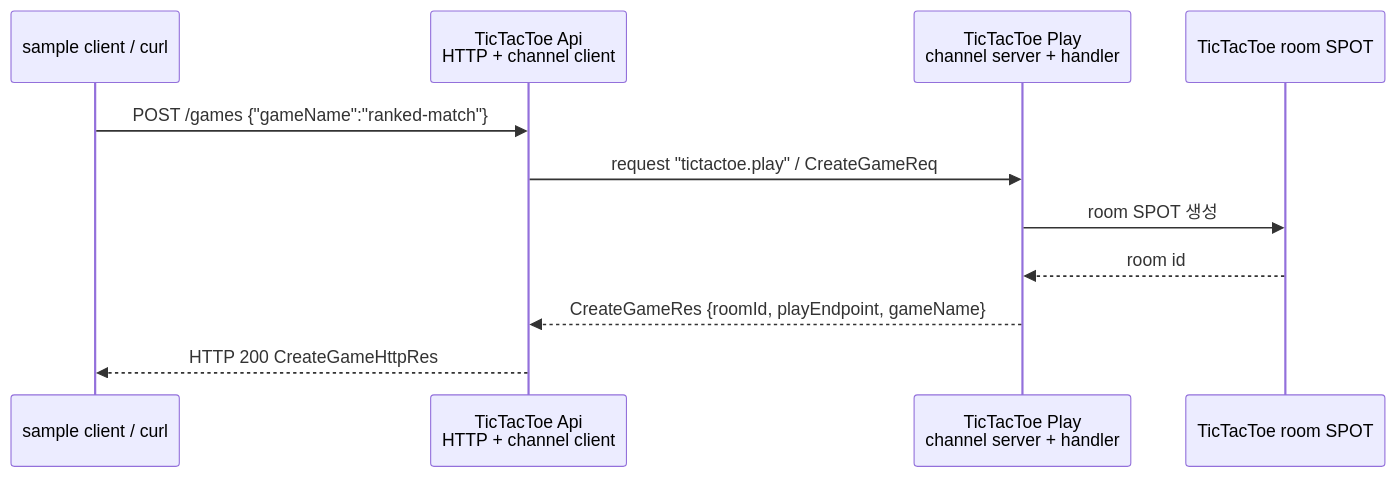
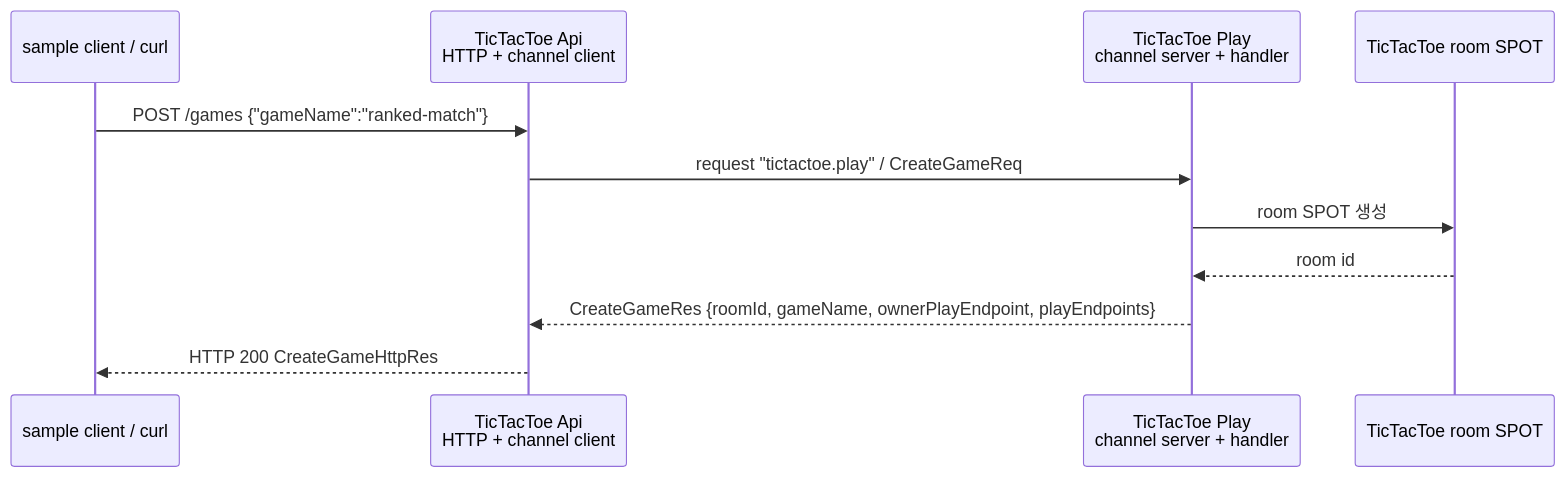
The first of 3 diagrams in framework/doc/framework/cpp/guide/02-getting-started.ko.md (kairos-code-dev/zlink), drawn with Mermaid before and after one commit. The commit also changed other lines of this file and 3 other files, not shown here.

````diff
--- a/framework/doc/framework/cpp/guide/02-getting-started.ko.md
+++ b/framework/doc/framework/cpp/guide/02-getting-started.ko.md
@@ -31,14 +31,14 @@
 ```mermaid
 sequenceDiagram
     participant Client as sample client / curl
     participant Api as TicTacToe Api<br/>HTTP + channel client
     participant Play as TicTacToe Play<br/>channel server + handler
     participant Spot as TicTacToe room SPOT
 
     Client->>Api: POST /games {"gameName":"ranked-match"}
     Api->>Play: request "tictactoe.play" / CreateGameReq
     Play->>Spot: room SPOT 생성
     Spot-->>Play: room id
-    Play-->>Api: CreateGameRes {roomId, playEndpoint, gameName}
+    Play-->>Api: CreateGameRes {roomId, gameName, ownerPlayEndpoint, playEndpoints}
     Api-->>Client: HTTP 200 CreateGameHttpRes
 ```
````
